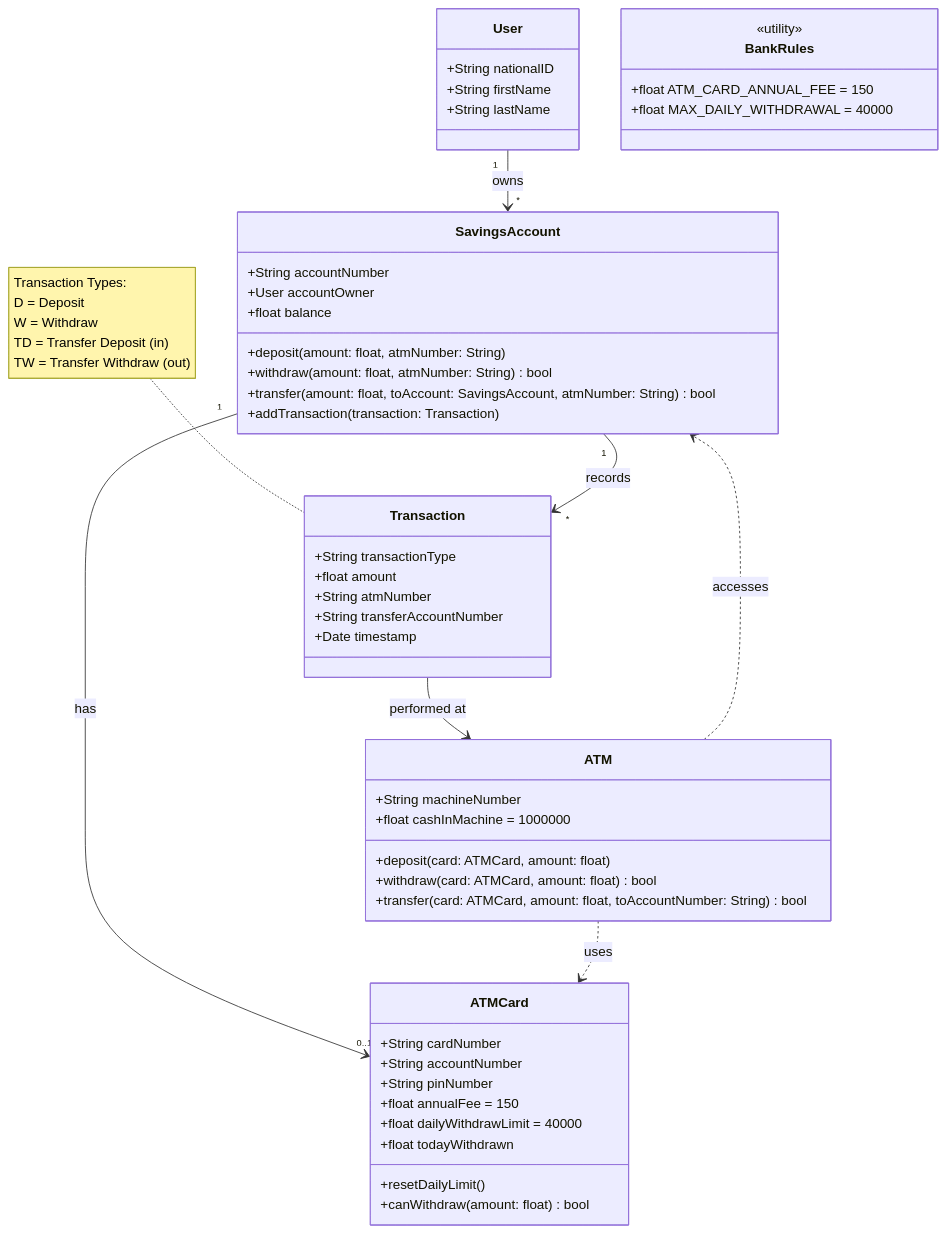
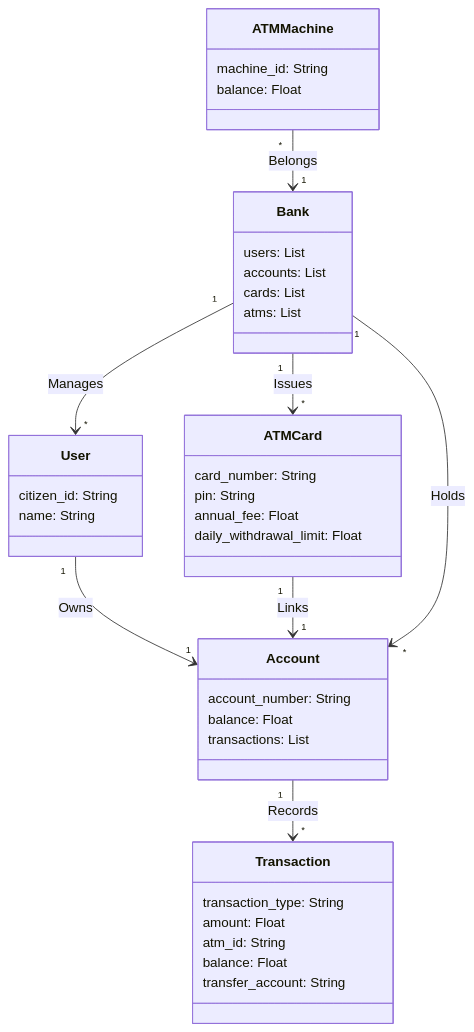
The diagram in lab3/diagram.mmd (W1nOfGood/01076106-Object-Oriented-Programming-Project), drawn with Mermaid before and after one commit.

```diff
--- a/lab3/diagram.mmd
+++ b/lab3/diagram.mmd
@@ -1,62 +1,46 @@
 classDiagram
     class User {
-        +String nationalID
-        +String firstName
-        +String lastName
+        citizen_id: String
+        name: String
     }
     
-    class SavingsAccount {
-        +String accountNumber
-        +User accountOwner
-        +float balance
-        +deposit(amount: float, atmNumber: String)
-        +withdraw(amount: float, atmNumber: String) bool
-        +transfer(amount: float, toAccount: SavingsAccount, atmNumber: String) bool
-        +addTransaction(transaction: Transaction)
+    class Account {
+        account_number: String
+        balance: Float
+        transactions: List
+    }
+    
+    class Transaction {
+        transaction_type: String
+        amount: Float
+        atm_id: String
+        balance: Float
+        transfer_account: String
     }
     
     class ATMCard {
-        +String cardNumber
-        +String accountNumber
-        +String pinNumber
-        +float annualFee = 150
-        +float dailyWithdrawLimit = 40000
-        +float todayWithdrawn
-        +resetDailyLimit()
-        +canWithdraw(amount: float) bool
+        card_number: String
+        pin: String
+        annual_fee: Float
+        daily_withdrawal_limit: Float
     }
     
-    class ATM {
-        +String machineNumber
-        +float cashInMachine = 1000000
-        +deposit(card: ATMCard, amount: float)
-        +withdraw(card: ATMCard, amount: float) bool
-        +transfer(card: ATMCard, amount: float, toAccountNumber: String) bool
+    class ATMMachine {
+        machine_id: String
+        balance: Float
     }
     
-    class Transaction {
-        +String transactionType
-        +float amount
-        +String atmNumber
-        +String transferAccountNumber
-        +Date timestamp
+    class Bank {
+        users: List
+        accounts: List
+        cards: List
+        atms: List
     }
     
-    class BankRules {
-        <<utility>>
-        +float ATM_CARD_ANNUAL_FEE = 150
-        +float MAX_DAILY_WITHDRAWAL = 40000
-    }
-    
-    User "1" --> "*" SavingsAccount : owns
-    SavingsAccount "1" --> "0..1" ATMCard : has
-    SavingsAccount "1" --> "*" Transaction : records
-    ATM ..> ATMCard : uses
-    ATM ..> SavingsAccount : accesses
-    Transaction --> ATM : performed at
-    
-    note for Transaction "Transaction Types:
-    D = Deposit
-    W = Withdraw
-    TD = Transfer Deposit (in)
-    TW = Transfer Withdraw (out)"
+    User "1" --> "1" Account : Owns
+    Account "1" --> "*" Transaction : Records
+    ATMCard "1" --> "1" Account : Links
+    ATMMachine "*" --> "1" Bank : Belongs
+    Bank "1" --> "*" User : Manages
+    Bank "1" --> "*" Account : Holds
+    Bank "1" --> "*" ATMCard : Issues
```
